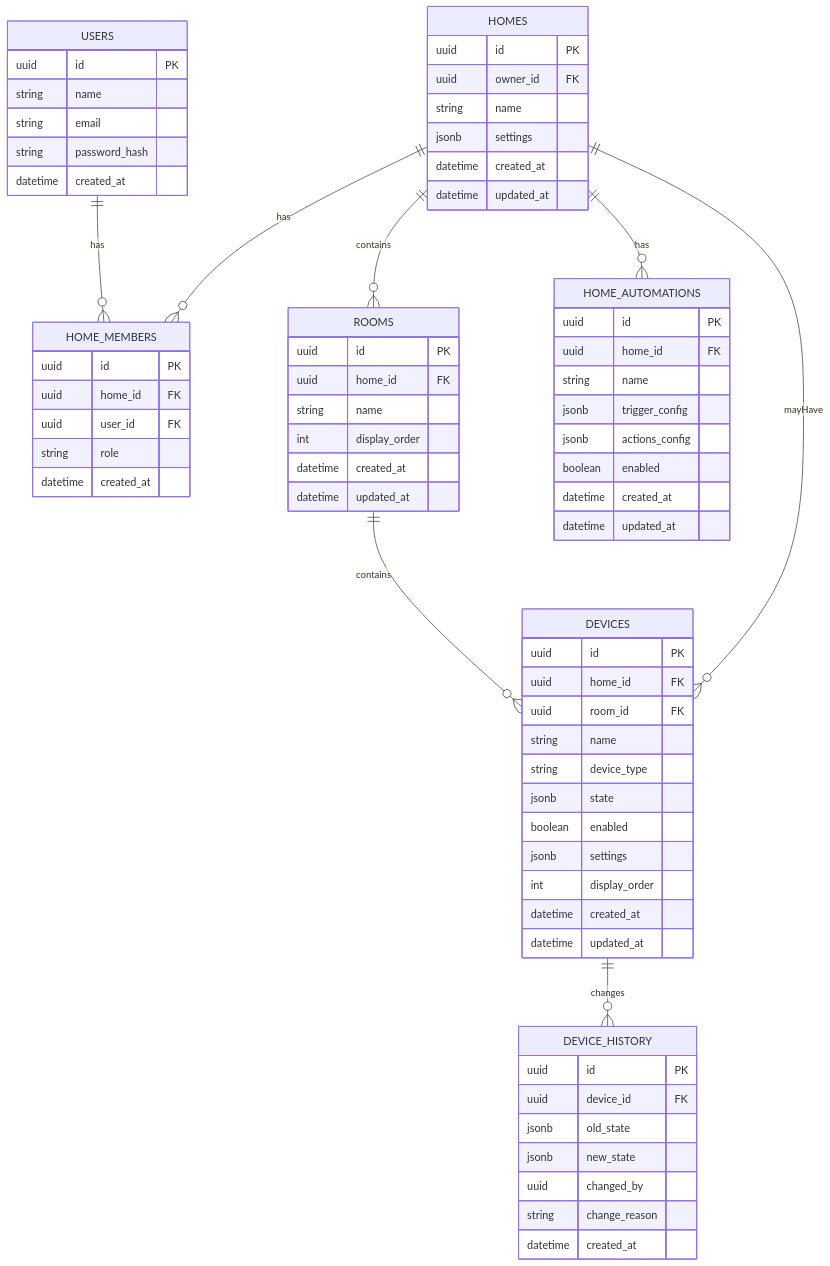
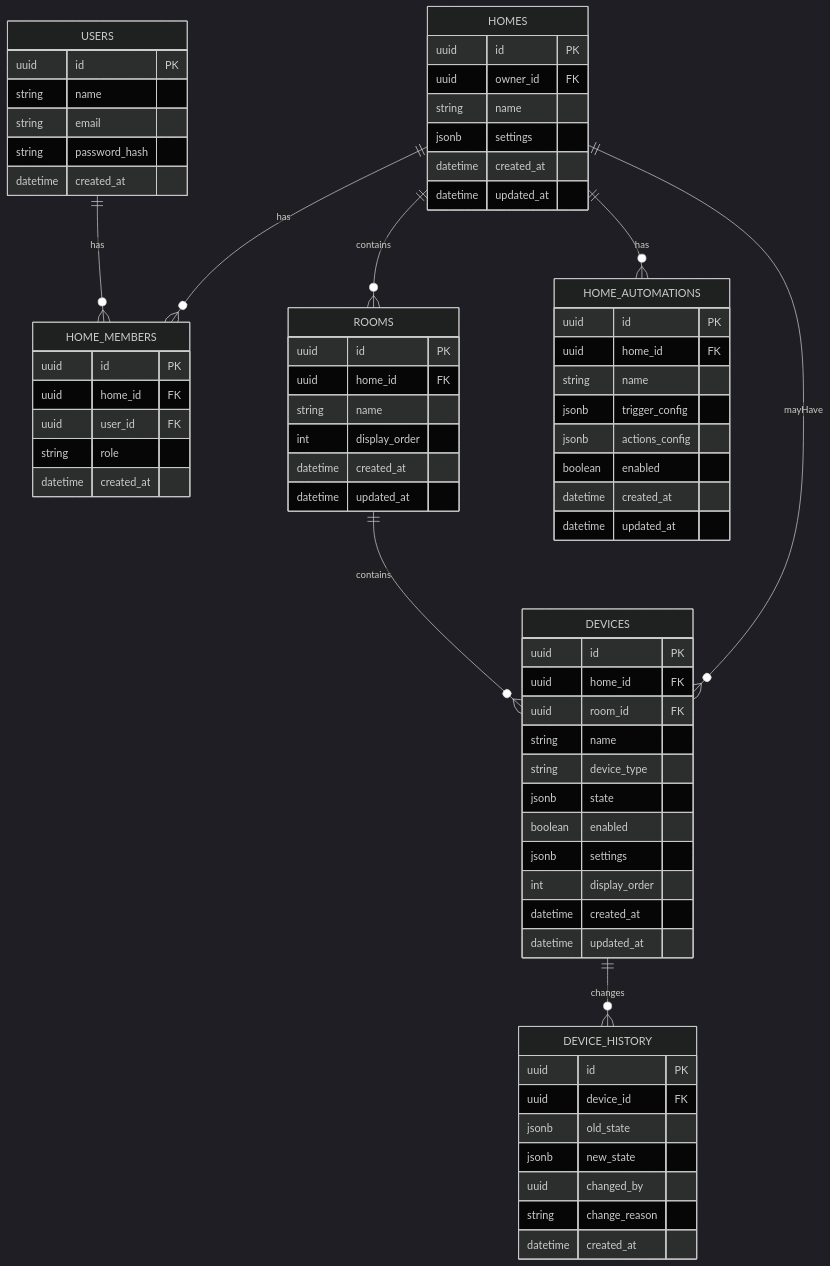
The diagram in Inzynierka/12_ZALACZNIKI/diagramy/erd_smarthome.mmd (AdasRakieta/Site_proj), drawn with Mermaid before and after one commit. The commit also changed 7 other files, not shown here.

Commit message:
zmiana stylów diagramów

```diff
--- a/Inzynierka/12_ZALACZNIKI/diagramy/erd_smarthome.mmd
+++ b/Inzynierka/12_ZALACZNIKI/diagramy/erd_smarthome.mmd
@@ -1,77 +1,81 @@
+---
+config:
+  theme: dark
+---
 erDiagram
     USERS ||--o{ HOME_MEMBERS : has
     HOMES ||--o{ HOME_MEMBERS : has
     HOMES ||--o{ ROOMS : contains
     ROOMS ||--o{ DEVICES : contains
     HOMES ||--o{ DEVICES : mayHave
     HOMES ||--o{ HOME_AUTOMATIONS : has
     DEVICES ||--o{ DEVICE_HISTORY : changes
 
     USERS {
         uuid id PK
         string name
         string email
         string password_hash
         datetime created_at
     }
 
     HOMES {
         uuid id PK
         uuid owner_id FK
         string name
         jsonb settings
         datetime created_at
         datetime updated_at
     }
 
     HOME_MEMBERS {
         uuid id PK
         uuid home_id FK
         uuid user_id FK
         string role
         datetime created_at
     }
 
     ROOMS {
         uuid id PK
         uuid home_id FK
         string name
         int display_order
         datetime created_at
         datetime updated_at
     }
 
     DEVICES {
         uuid id PK
         uuid home_id FK
         uuid room_id FK
         string name
         string device_type
         jsonb state
         boolean enabled
         jsonb settings
         int display_order
         datetime created_at
         datetime updated_at
     }
 
     HOME_AUTOMATIONS {
         uuid id PK
         uuid home_id FK
         string name
         jsonb trigger_config
         jsonb actions_config
         boolean enabled
         datetime created_at
         datetime updated_at
     }
 
     DEVICE_HISTORY {
         uuid id PK
         uuid device_id FK
         jsonb old_state
         jsonb new_state
         uuid changed_by
         string change_reason
         datetime created_at
     }
```
